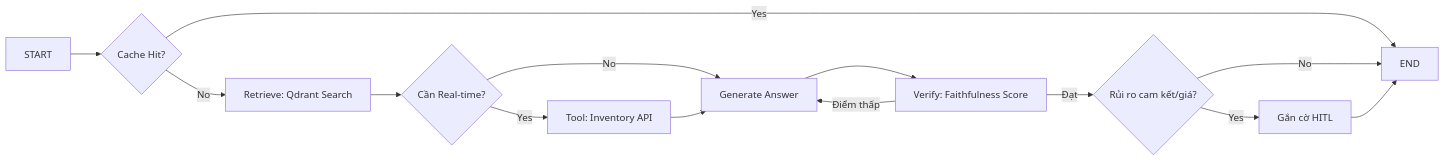
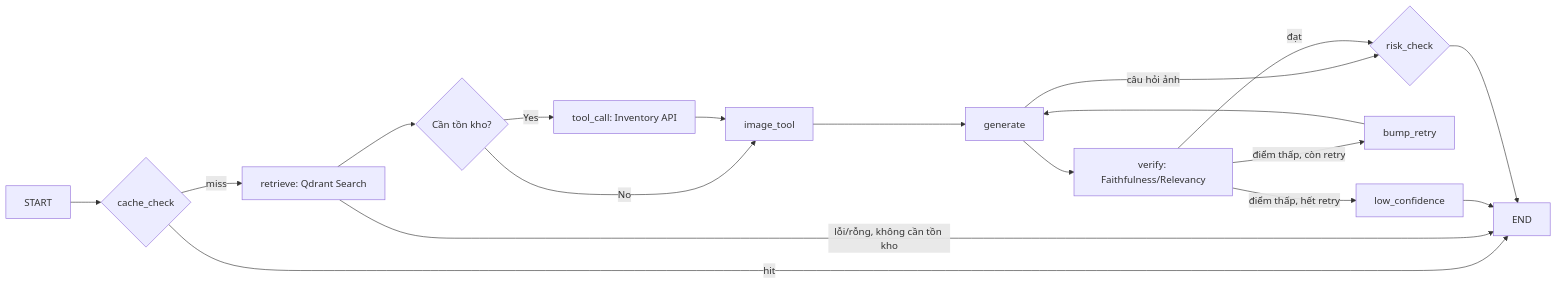
The second of 3 diagrams in ARCHITECTURE.md (peterparkervanphuc/auremont-ai-agent), drawn with Mermaid before and after one commit. The commit also changed other lines of this file and 2 other files, not shown here.

````diff
--- a/ARCHITECTURE.md
+++ b/ARCHITECTURE.md
@@ -129,16 +151,18 @@
 ```mermaid
 graph LR
-    START --> Cache{Cache Hit?}
-    Cache -->|Yes| END
-    Cache -->|No| Retrieve[Retrieve: Qdrant Search]
-    Retrieve --> NeedRT{Cần Real-time?}
-    NeedRT -->|Yes| ToolCall[Tool: Inventory API]
-    NeedRT -->|No| Generate[Generate Answer]
-    ToolCall --> Generate
-    Generate --> Verify[Verify: Faithfulness Score]
-    Verify -->|Điểm thấp| Generate
-    Verify -->|Đạt| Risk{Rủi ro cam kết/giá?}
-    Risk -->|Yes| HITL[Gắn cờ HITL]
-    Risk -->|No| END
-    HITL --> END
+    START --> Cache{cache_check}
+    Cache -->|hit| END
+    Cache -->|miss| Retrieve[retrieve: Qdrant Search]
+    Retrieve -->|lỗi/rỗng, không cần tồn kho| END
+    Retrieve --> NeedInv{Cần tồn kho?}
+    NeedInv -->|Yes| ToolCall[tool_call: Inventory API]
+    NeedInv -->|No| ImageTool[image_tool]
+    ToolCall --> ImageTool
+    ImageTool --> Generate[generate]
+    Generate -->|câu hỏi ảnh| RiskCheck
+    Generate --> Verify[verify: Faithfulness/Relevancy]
+    Verify -->|điểm thấp, còn retry| BumpRetry[bump_retry] --> Generate
+    Verify -->|điểm thấp, hết retry| LowConf[low_confidence] --> END
+    Verify -->|đạt| RiskCheck{risk_check}
+    RiskCheck --> END
 ```
````
